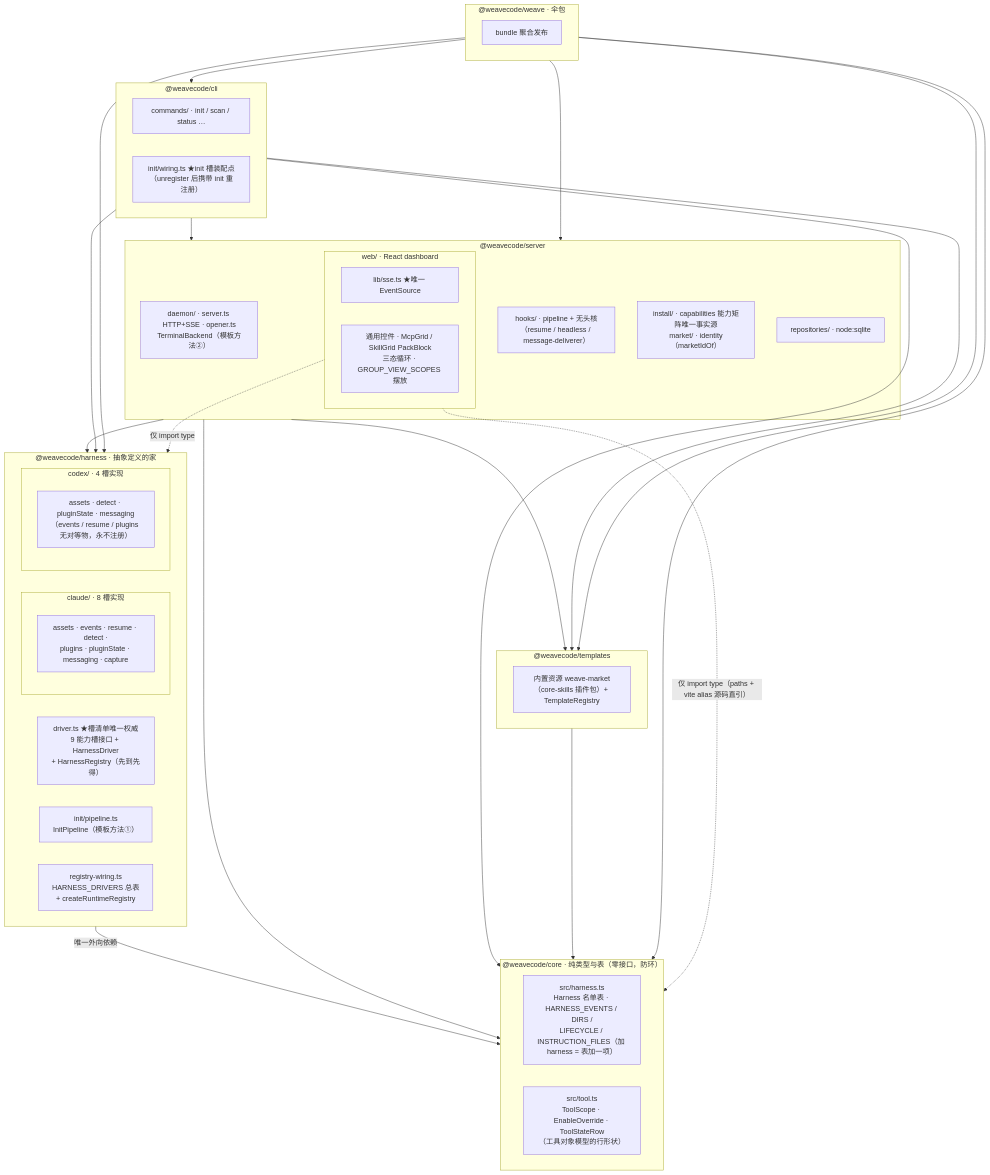
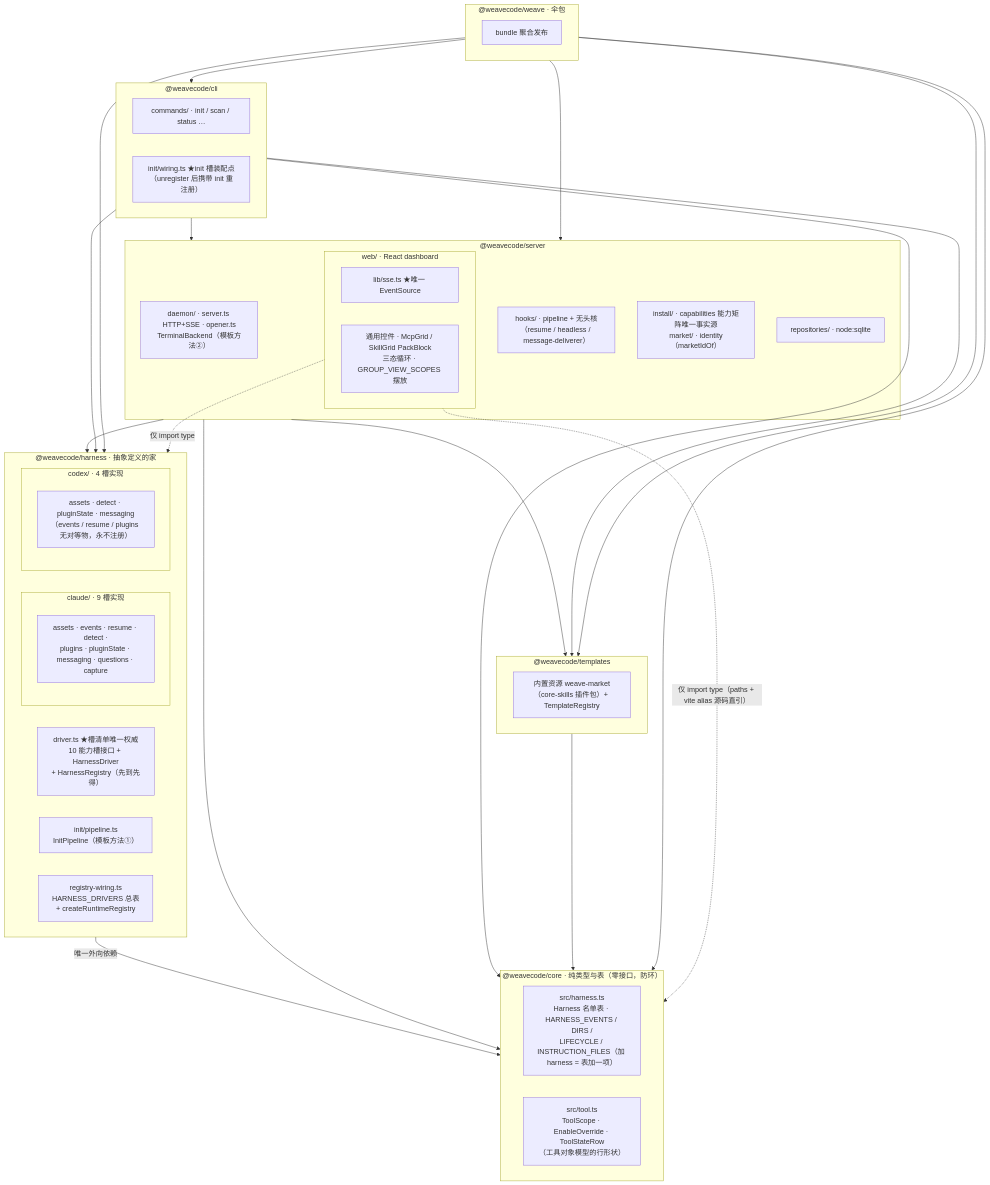
The first of 4 diagrams in docs/ARCHITECTURE.md (zijing66/weave), drawn with Mermaid before and after one commit. The commit also changed 23 other files, not shown here.

````diff
--- a/docs/ARCHITECTURE.md
+++ b/docs/ARCHITECTURE.md
@@ -9,56 +9,56 @@
 ```mermaid
 flowchart TD
   subgraph core["@weavecode/core · 纯类型与表（零接口，防环）"]
     H1["src/harness.ts<br/>Harness 名单表 · HARNESS_EVENTS / DIRS /<br/>LIFECYCLE / INSTRUCTION_FILES（加 harness = 表加一项）"]
     H2["src/tool.ts<br/>ToolScope · EnableOverride · ToolStateRow<br/>（工具对象模型的行形状）"]
   end
 
   subgraph hpkg["@weavecode/harness · 抽象定义的家"]
-    D1["driver.ts ★槽清单唯一权威<br/>9 能力槽接口 + HarnessDriver<br/>+ HarnessRegistry（先到先得）"]
+    D1["driver.ts ★槽清单唯一权威<br/>10 能力槽接口 + HarnessDriver<br/>+ HarnessRegistry（先到先得）"]
     D2["init/pipeline.ts<br/>InitPipeline（模板方法①）"]
     D3["registry-wiring.ts<br/>HARNESS_DRIVERS 总表<br/>+ createRuntimeRegistry"]
-    subgraph CL["claude/ · 8 槽实现"]
-      C1["assets · events · resume · detect ·<br/>plugins · pluginState · messaging · capture"]
+    subgraph CL["claude/ · 9 槽实现"]
+      C1["assets · events · resume · detect ·<br/>plugins · pluginState · messaging · questions · capture"]
     end
     subgraph CX["codex/ · 4 槽实现"]
       X1["assets · detect · pluginState · messaging<br/>（events / resume / plugins 无对等物，永不注册）"]
     end
   end
 
   subgraph spkg["@weavecode/server"]
     S1["daemon/ · server.ts HTTP+SSE · opener.ts<br/>TerminalBackend（模板方法②）"]
     S2["hooks/ · pipeline + 无头核<br/>（resume / headless / message-deliverer）"]
     S3["install/ · capabilities 能力矩阵唯一事实源<br/>market/ · identity（marketIdOf）"]
     S4["repositories/ · node:sqlite"]
     subgraph WEB["web/ · React dashboard"]
       W1["lib/sse.ts ★唯一 EventSource"]
       W2["通用控件 · McpGrid / SkillGrid PackBlock<br/>三态循环 · GROUP_VIEW_SCOPES 摆放"]
     end
   end
 
   subgraph clipkg["@weavecode/cli"]
     K1["commands/ · init / scan / status …"]
     K2["init/wiring.ts ★init 槽装配点<br/>（unregister 后携带 init 重注册）"]
   end
 
   subgraph tpl["@weavecode/templates"]
     T1["内置资源 weave-market<br/>（core-skills 插件包）+ TemplateRegistry"]
   end
 
   subgraph umbrella["@weavecode/weave · 伞包"]
     U1["bundle 聚合发布"]
   end
 
   hpkg -->|"唯一外向依赖"| core
   spkg --> core
   spkg --> hpkg
   spkg --> tpl
   clipkg --> core
   clipkg --> hpkg
   clipkg --> spkg
   clipkg --> tpl
   tpl --> core
   umbrella --> clipkg & core & hpkg & spkg & tpl
   WEB -.->|"仅 import type（paths + vite alias 源码直引）"| core
   WEB -.->|"仅 import type"| hpkg
 ```
````
